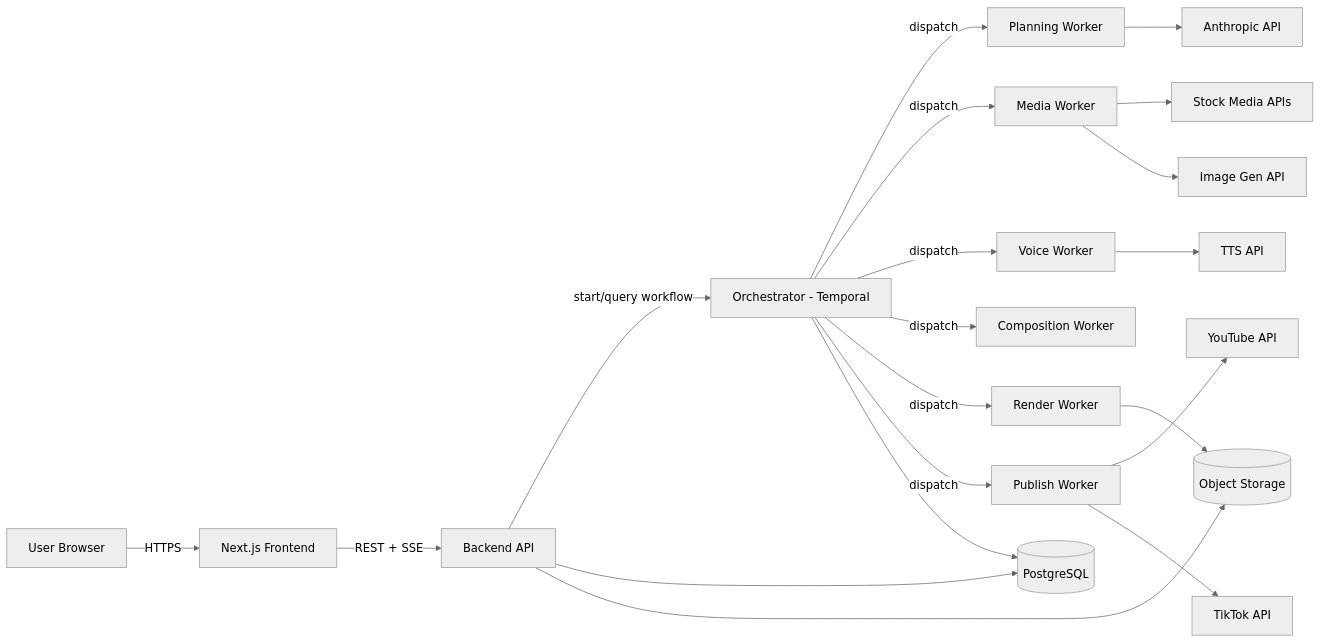
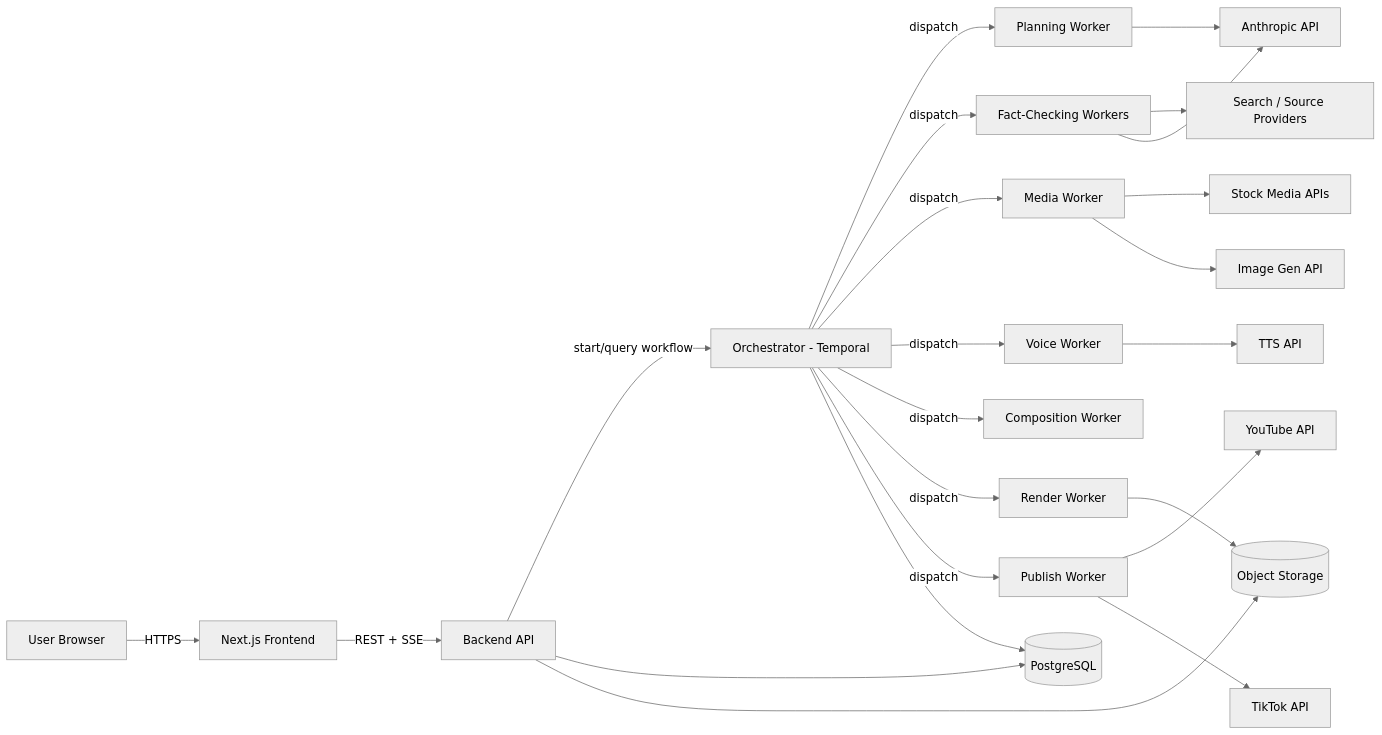
Before and after one commit to WillyPhan06/e2ecg: the first of 4 diagrams in ARCHITECTURE.md, drawn with Mermaid (neutral theme). The commit also changed other lines of this file and 2 other files, not shown here.

Commit message:
Updated readme, architecture, and todo with extra fact check layer

````diff
--- a/ARCHITECTURE.md
+++ b/ARCHITECTURE.md
@@ -13,22 +15,25 @@
 ```mermaid
 graph LR
     U[User Browser] -->|HTTPS| FE[Next.js Frontend]
     FE -->|REST + SSE| API[Backend API]
     API -->|start/query workflow| ORCH[Orchestrator - Temporal]
     ORCH -->|dispatch| W1[Planning Worker]
-    ORCH -->|dispatch| W2[Media Worker]
-    ORCH -->|dispatch| W3[Voice Worker]
-    ORCH -->|dispatch| W4[Composition Worker]
-    ORCH -->|dispatch| W5[Render Worker]
-    ORCH -->|dispatch| W6[Publish Worker]
+    ORCH -->|dispatch| W2[Fact-Checking Workers]
+    ORCH -->|dispatch| W3[Media Worker]
+    ORCH -->|dispatch| W4[Voice Worker]
+    ORCH -->|dispatch| W5[Composition Worker]
+    ORCH -->|dispatch| W6[Render Worker]
+    ORCH -->|dispatch| W7[Publish Worker]
     W1 --> LLM[Anthropic API]
-    W2 --> STOCK[Stock Media APIs]
-    W2 --> GEN[Image Gen API]
-    W3 --> TTS[TTS API]
-    W5 --> STORE[(Object Storage)]
-    W6 --> YT[YouTube API]
-    W6 --> TT[TikTok API]
+    W2 --> SEARCH[Search / Source Providers]
+    W2 --> LLM
+    W3 --> STOCK[Stock Media APIs]
+    W3 --> GEN[Image Gen API]
+    W4 --> TTS[TTS API]
+    W6 --> STORE[(Object Storage)]
+    W7 --> YT[YouTube API]
+    W7 --> TT[TikTok API]
     API --> DB[(PostgreSQL)]
     ORCH --> DB
     API --> STORE
 ```
````
